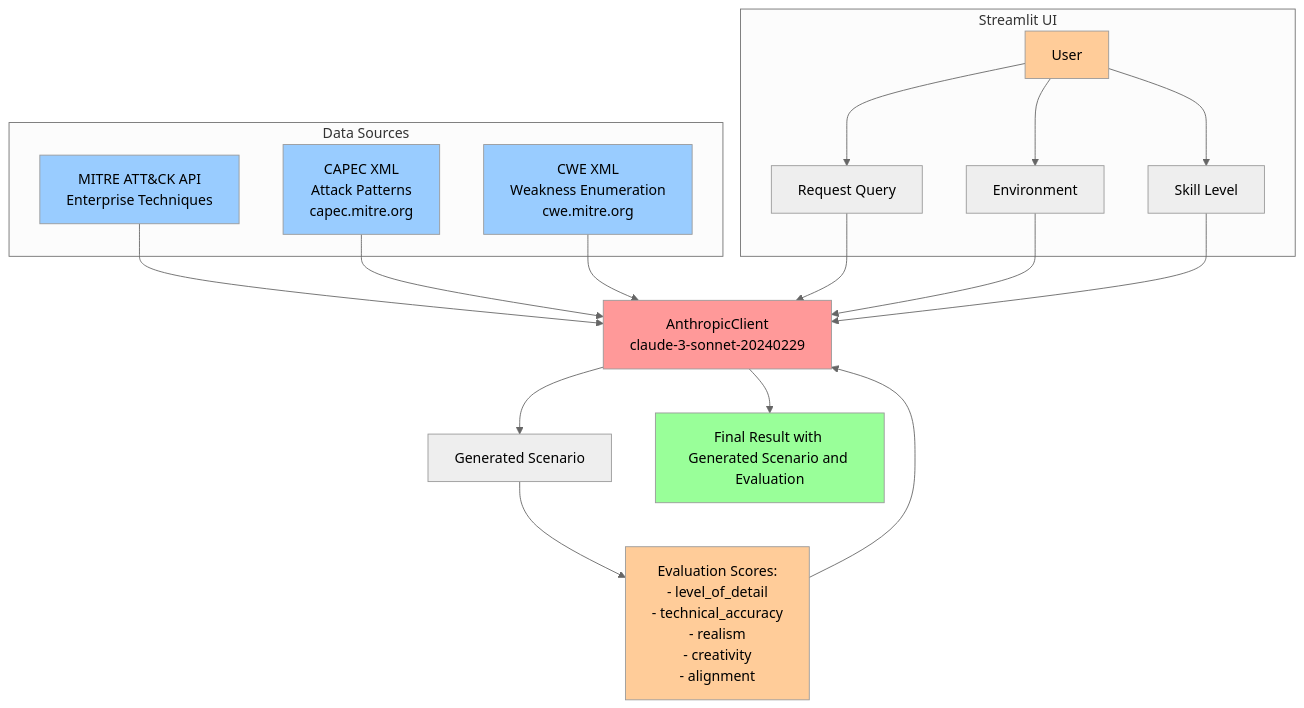
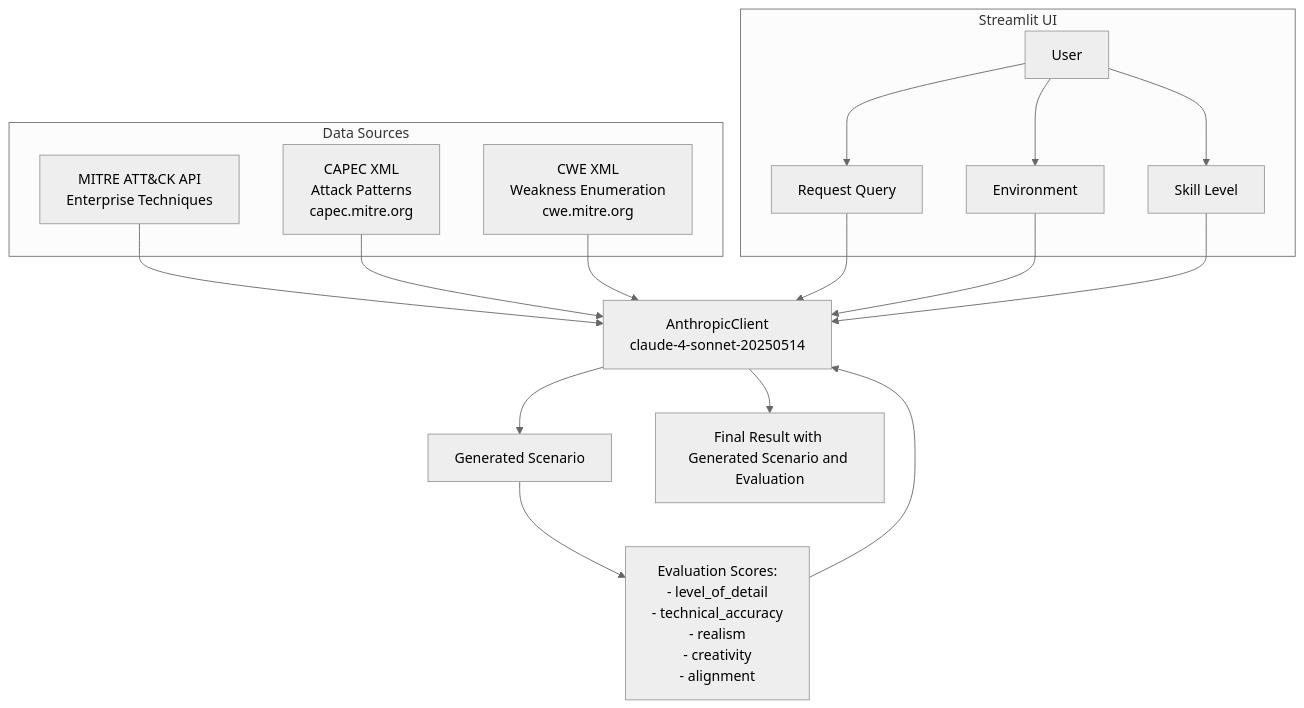
The diagram in README.md (aholt21754/red-team-scenario-generator), drawn with Mermaid (neutral theme) before and after one commit.

Commit message:
Update diagram

````diff
--- a/README.md
+++ b/README.md
@@ -4,42 +4,35 @@
 ```mermaid
 ---
 config:
   layout: dagre
 ---
 flowchart TB
  subgraph subGraph0["Data Sources"]
         A1["MITRE ATT&amp;CK API<br>Enterprise Techniques"]
         A2["CAPEC XML<br>Attack Patterns<br>capec.mitre.org"]
         A3["CWE XML<br>Weakness Enumeration<br>cwe.mitre.org"]
   end
   subgraph subGraph7["Streamlit UI"]
         BA["User"]
         BB["Request Query"]
         BC["Environment"]
         BD["Skill Level"]
   end
-       U["AnthropicClient<br>claude-3-sonnet-20240229"]
+       U["AnthropicClient<br>claude-4-sonnet-20250514"]
        AB["Generated Scenario"]
        AH["Evaluation Scores:<br>- level_of_detail<br>- technical_accuracy<br>- realism<br>- creativity<br>- alignment"]
        AC["Final Result with Generated Scenario and Evaluation"]
 A1 --> U
 A2 --> U
 A3 --> U
 BA --> BB
 BA --> BC
 BA --> BD
 BB --> U
 BC --> U
 BD --> U
 AH --> U
 U --> AB
 AB --> AH
 U --> AC
-    style AC fill:#99ff99
-    style A1 fill:#99ccff
-    style U fill:#ff9999
-    style BA fill:#ffcc99
-    style A2 fill:#99ccff
-    style A3 fill:#99ccff
-    style AH fill:#ffcc99
 ```
````
